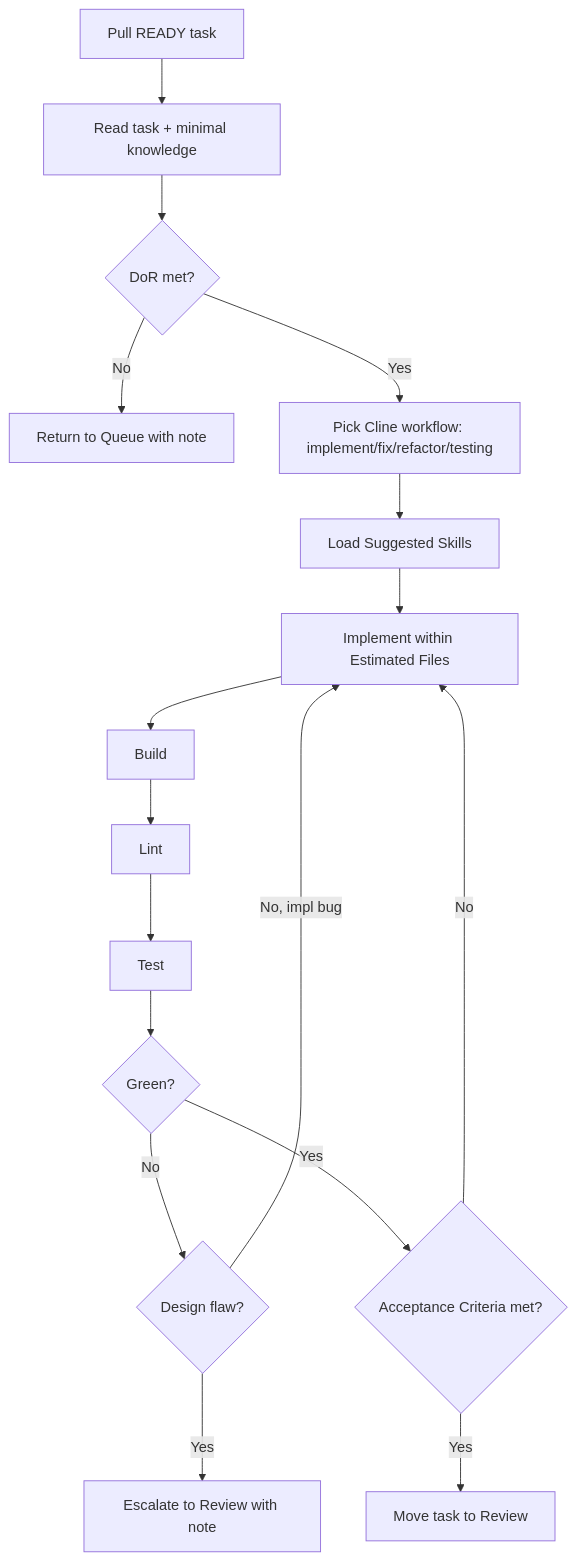
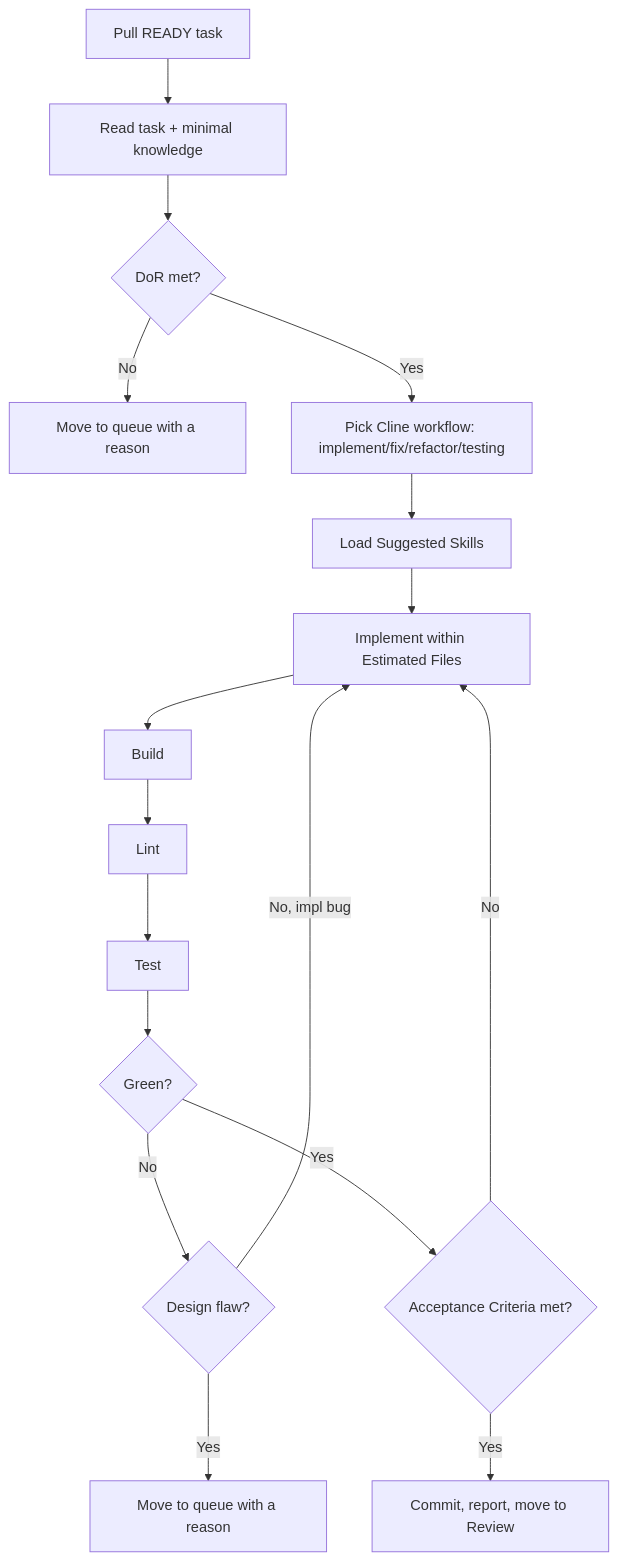
One commit to Vtquan123/strix changed the diagram in templates/executors/cline/.clinerules/workflow.md. Above: the diagram before and after it, drawn with Mermaid. The commit also changed other lines of this file and 80 other files, not shown here.

````diff
--- a/templates/executors/cline/.clinerules/workflow.md
+++ b/templates/executors/cline/.clinerules/workflow.md
@@ -5,19 +5,19 @@
 ```mermaid
 flowchart TD
     A[Pull READY task] --> B[Read task + minimal knowledge]
     B --> C{DoR met?}
-    C -->|No| R[Return to Queue with note]
+    C -->|No| R[Move to queue with a reason]
     C -->|Yes| D[Pick Cline workflow: implement/fix/refactor/testing]
     D --> E[Load Suggested Skills]
     E --> F[Implement within Estimated Files]
     F --> G[Build]
     G --> H[Lint]
     H --> I[Test]
     I --> J{Green?}
     J -->|No| K{Design flaw?}
     K -->|No, impl bug| F
-    K -->|Yes| R2[Escalate to Review with note]
+    K -->|Yes| R2[Move to queue with a reason]
     J -->|Yes| L{Acceptance Criteria met?}
     L -->|No| F
-    L -->|Yes| M[Move task to Review]
+    L -->|Yes| M[Commit, report, move to Review]
 ```
````
